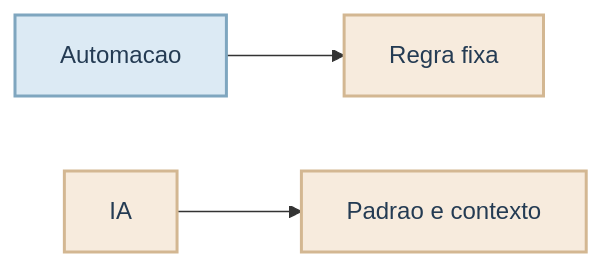
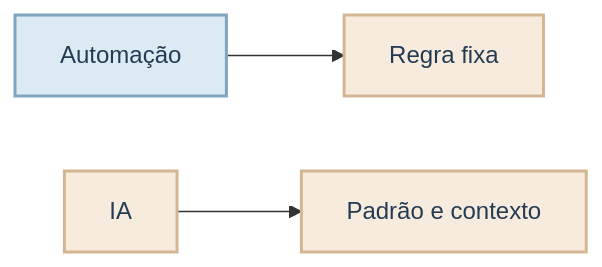
Diagram 12 of 51 in temas/introducao_pratica_ia_e_genia/estudo/aula1.qmd (mikaelakihitto/self-study-data-science), drawn with Mermaid before and after one commit. The commit also changed other lines of this file, not shown here.

````diff
--- a/temas/introducao_pratica_ia_e_genia/estudo/aula1.qmd
+++ b/temas/introducao_pratica_ia_e_genia/estudo/aula1.qmd
@@ -304,13 +295,13 @@
 ```{mermaid}
 %%| fig-align: center
 %%| out-width: 72%
 graph LR
-    A[Automacao] --> B[Regra fixa]
-    C[IA] --> D[Padrao e contexto]
+    A[Automação] --> B[Regra fixa]
+    C[IA] --> D[Padrão e contexto]
     %% Definicao das cores
     classDef styleAzul fill:#DCEAF4,stroke:#7FA6BF,stroke-width:2px,color:#243B53;
     classDef styleVerde fill:#E7F2E8,stroke:#90B29A,stroke-width:2px,color:#243B53;
     classDef styleAreia fill:#F7EBDD,stroke:#D3B792,stroke-width:2px,color:#243B53;
     class A styleAzul;
     class B,C,D styleAreia;
 ```
````
